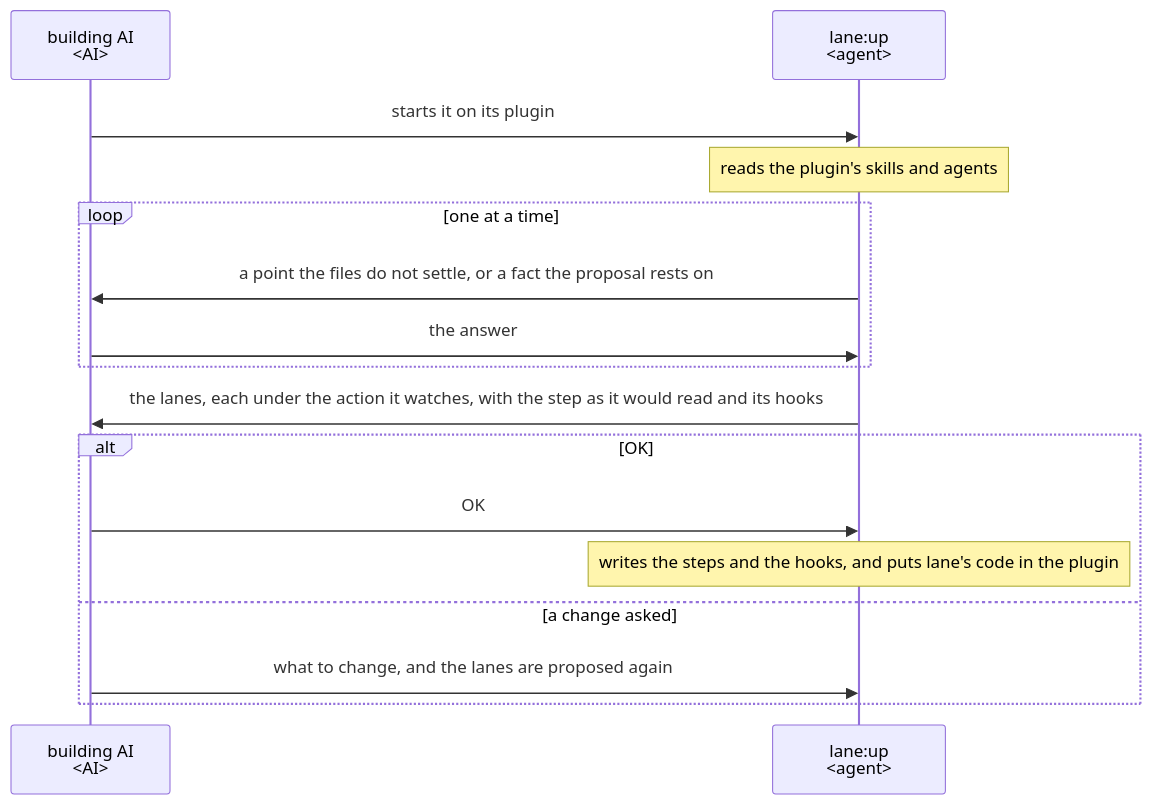
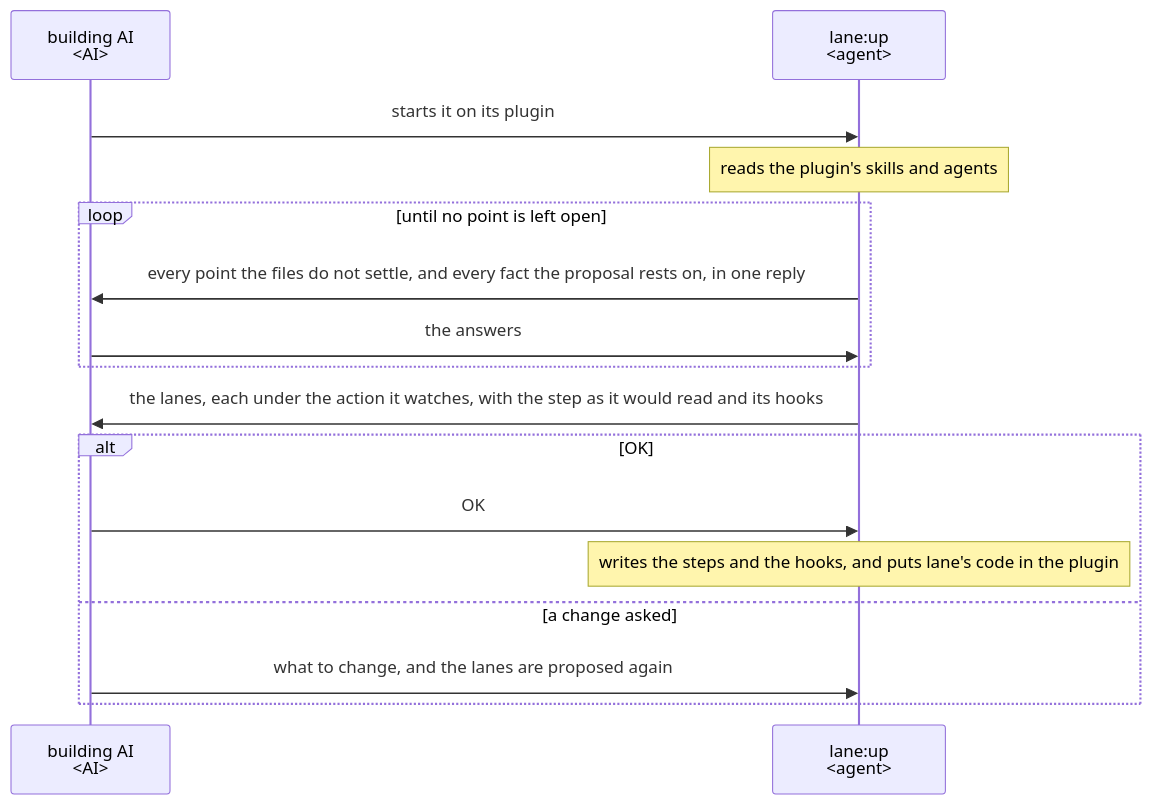
The second of 3 diagrams in dev/lane/ux.md (lovaizu/ccpm), drawn with Mermaid before and after one commit. The commit also changed other lines of this file and 3 other files, not shown here.

Commit message:
lane:up sends the building AI every open point in one reply, as the user chose: one at a time was for a person; steering state

````diff
--- a/dev/lane/ux.md
+++ b/dev/lane/ux.md
@@ -63,18 +63,18 @@
 ```mermaid
 sequenceDiagram
   participant A as building AI<br/>#lt;AI#gt;
   participant L as lane:up<br/>#lt;agent#gt;
   A->>L: starts it on its plugin
   Note over L: reads the plugin's skills and agents
-  loop one at a time
-    L->>A: a point the files do not settle, or a fact the proposal rests on
-    A->>L: the answer
+  loop until no point is left open
+    L->>A: every point the files do not settle, and every fact the proposal rests on, in one reply
+    A->>L: the answers
   end
   L->>A: the lanes, each under the action it watches, with the step as it would read and its hooks
   alt OK
     A->>L: OK
     Note over L: writes the steps and the hooks, and puts lane's code in the plugin
   else a change asked
     A->>L: what to change, and the lanes are proposed again
   end
 ```
````
